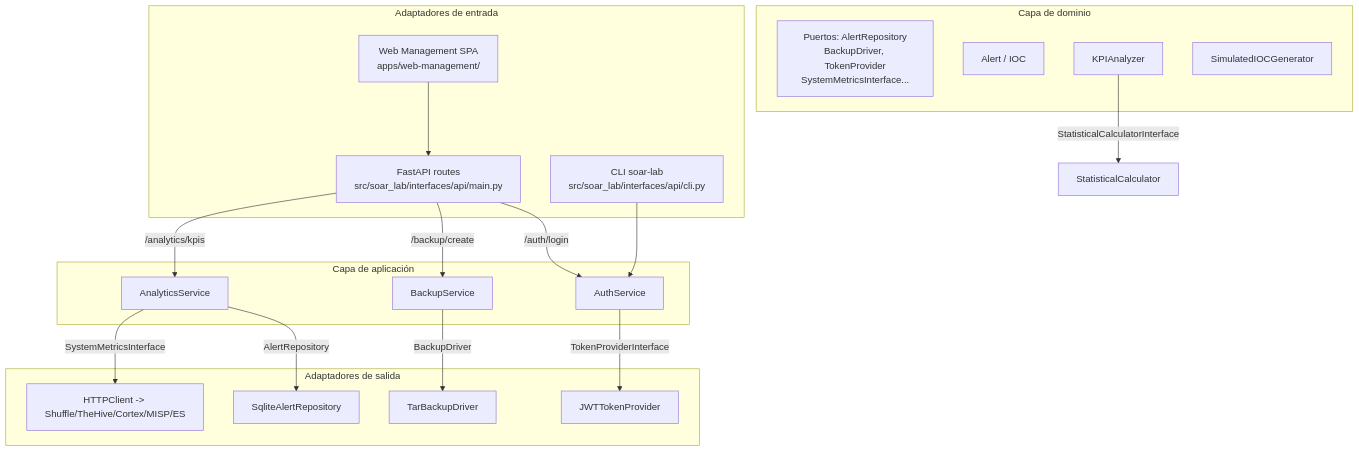
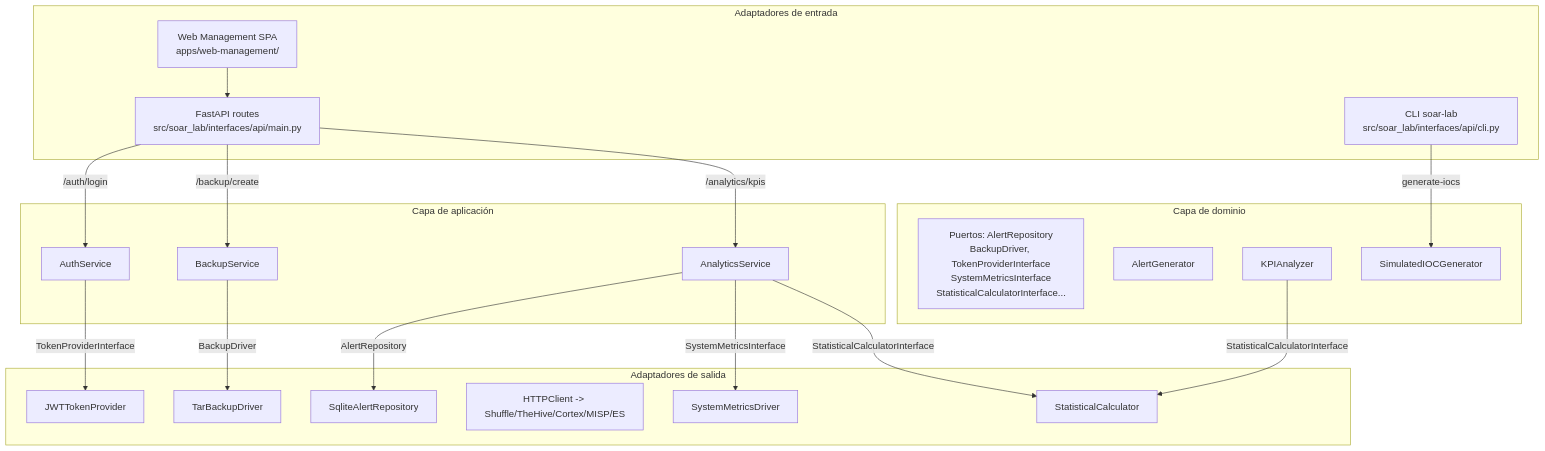
Before and after one commit to alesanfe/soar-ransomware-lab: the third of 12 diagrams in docs/thesis/appendix_f.md, drawn with Mermaid.

First paragraph of the commit message:
fix(thesis): Anexo F.3 - corrige arquitectura hexagonal contra codigo real
5 correcciones verificadas contra src/soar_lab/:

````diff
--- a/docs/thesis/appendix_f.md
+++ b/docs/thesis/appendix_f.md
@@ -131,39 +131,42 @@
 ```mermaid
 flowchart TD
  subgraph Entrada["Adaptadores de entrada"]
  F[FastAPI routes<br/>src/soar_lab/interfaces/api/main.py]
  C[CLI soar-lab<br/>src/soar_lab/interfaces/api/cli.py]
  W[Web Management SPA<br/>apps/web-management/]
  end
 
  subgraph Aplicacion["Capa de aplicación"]
  AS[AuthService]
  BS[BackupService]
  ANS[AnalyticsService]
  end
 
  subgraph Dominio["Capa de dominio"]
- PORTS[Puertos: AlertRepository<br/>BackupDriver, TokenProvider<br/>SystemMetricsInterface...]
- ALERT[Alert / IOC]
+ PORTS[Puertos: AlertRepository<br/>BackupDriver, TokenProviderInterface<br/>SystemMetricsInterface<br/>StatisticalCalculatorInterface...]
+ ALERT[AlertGenerator]
  KPI[KPIAnalyzer]
  IOC[SimulatedIOCGenerator]
  end
 
  subgraph Salida["Adaptadores de salida"]
  SQLITE[SqliteAlertRepository]
  TAR[TarBackupDriver]
  JWT[JWTTokenProvider]
  HTTP[HTTPClient -> Shuffle/TheHive/Cortex/MISP/ES]
+ SMETRICS[SystemMetricsDriver]
+ STAT[StatisticalCalculator]
  end
 
  F -->|/auth/login| AS
  F -->|/backup/create| BS
  F -->|/analytics/kpis| ANS
- C --> AS
+ C -->|generate-iocs| IOC
  W --> F
  AS -->|TokenProviderInterface| JWT
  BS -->|BackupDriver| TAR
  ANS -->|AlertRepository| SQLITE
- ANS -->|SystemMetricsInterface| HTTP
- KPI -->|StatisticalCalculatorInterface| STAT[StatisticalCalculator]
+ ANS -->|SystemMetricsInterface| SMETRICS
+ ANS -->|StatisticalCalculatorInterface| STAT
+ KPI -->|StatisticalCalculatorInterface| STAT
 ```
````
